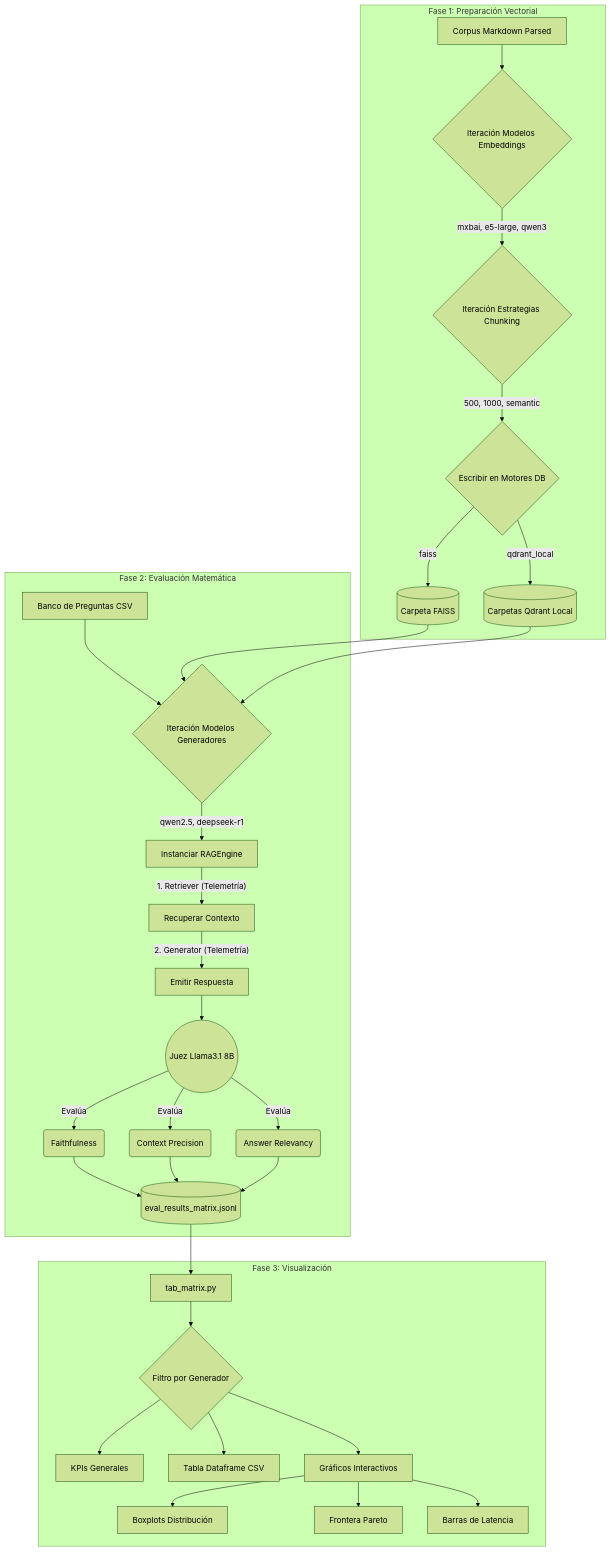
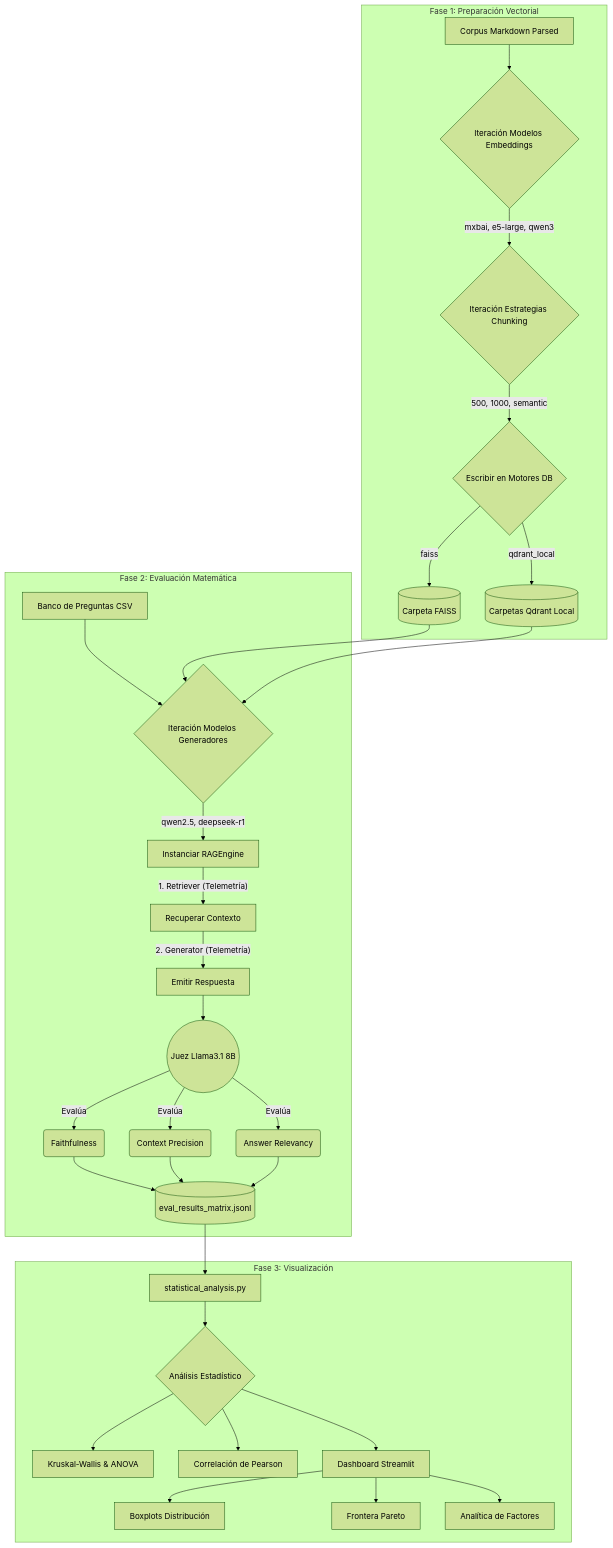
One commit to AlexPrietoRomani/TFM-allucination changed the diagram in docs/matriz_experimentos.md. Above: the diagram before and after it, drawn with Mermaid (forest theme). The commit also changed other lines of this file, not shown here.

````diff
--- a/docs/matriz_experimentos.md
+++ b/docs/matriz_experimentos.md
@@ -99,37 +153,37 @@
 ```mermaid
 graph TD
     subgraph "Fase 1: Preparación Vectorial"
         A[Corpus Markdown Parsed] --> B{Iteración Modelos Embeddings}
         B -->|mxbai, e5-large, qwen3| C{Iteración Estrategias Chunking}
         C -->|500, 1000, semantic| D{Escribir en Motores DB}
         D -->|faiss| E[(Carpeta FAISS)]
         D -->|qdrant_local| F[(Carpetas Qdrant Local)]
     end
 
     subgraph "Fase 2: Evaluación Matemática"
         G[Banco de Preguntas CSV] --> H{Iteración Modelos Generadores}
         E --> H
         F --> H
         H -->|qwen2.5, deepseek-r1| I[Instanciar RAGEngine]
         I -->|"1. Retriever (Telemetría)"| J[Recuperar Contexto]
         J -->|"2. Generator (Telemetría)"| K[Emitir Respuesta]
         K --> L((Juez Llama3.1 8B))
         L -->|"Evalúa"| M(Faithfulness)
         L -->|"Evalúa"| N(Context Precision)
         L -->|"Evalúa"| O(Answer Relevancy)
         M --> P[(eval_results_matrix.jsonl)]
         N --> P
         O --> P
     end
 
     subgraph "Fase 3: Visualización"
-        P --> Q[tab_matrix.py]
-        Q --> R{Filtro por Generador}
-        R --> S[KPIs Generales]
-        R --> T[Tabla Dataframe CSV]
-        R --> U[Gráficos Interactivos]
+        P --> Q[statistical_analysis.py]
+        Q --> R{Análisis Estadístico}
+        R --> S[Kruskal-Wallis & ANOVA]
+        R --> T[Correlación de Pearson]
+        R --> U[Dashboard Streamlit]
         U --> V[Boxplots Distribución]
         U --> W[Frontera Pareto]
-        U --> X[Barras de Latencia]
+        U --> X[Analítica de Factores]
     end
 ```
````
